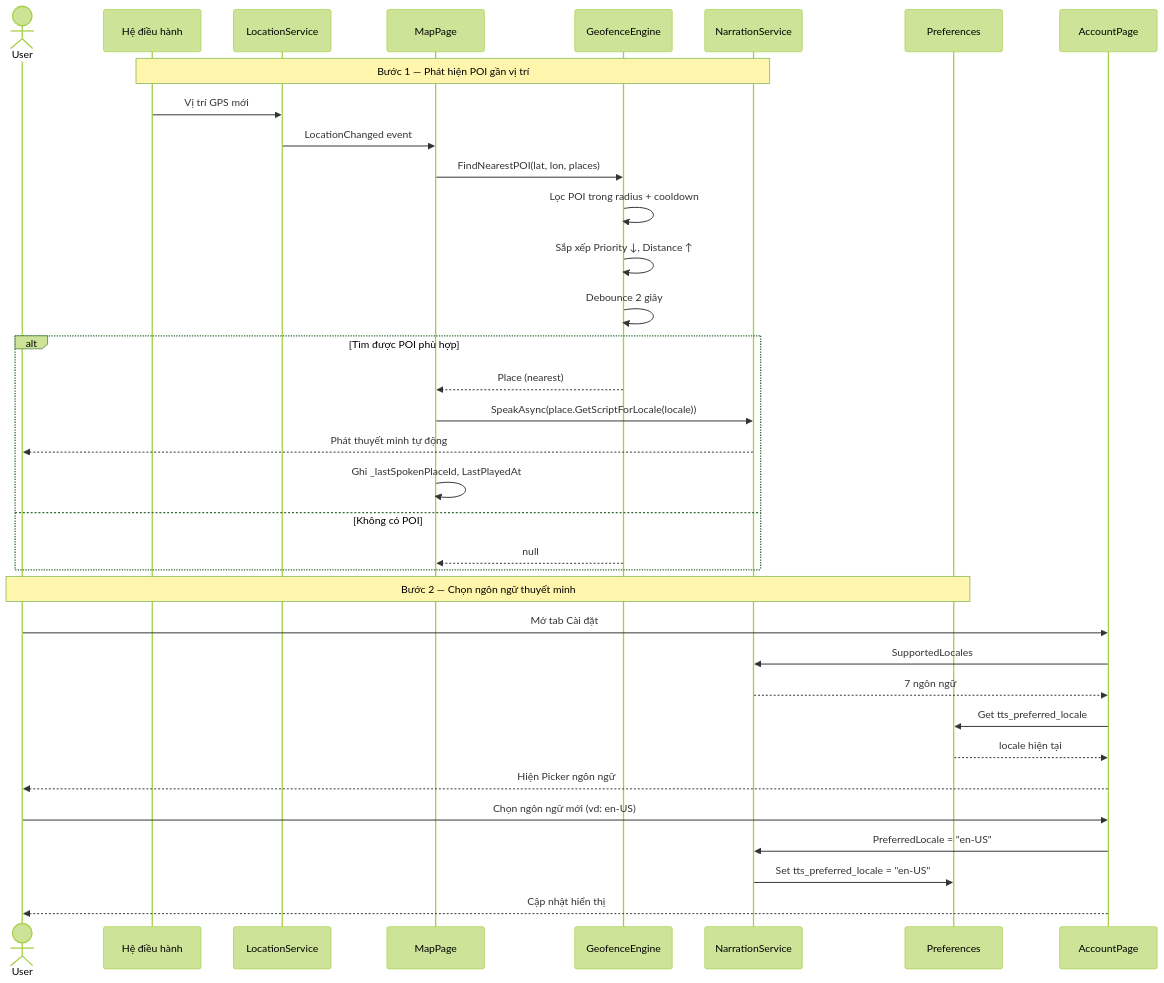
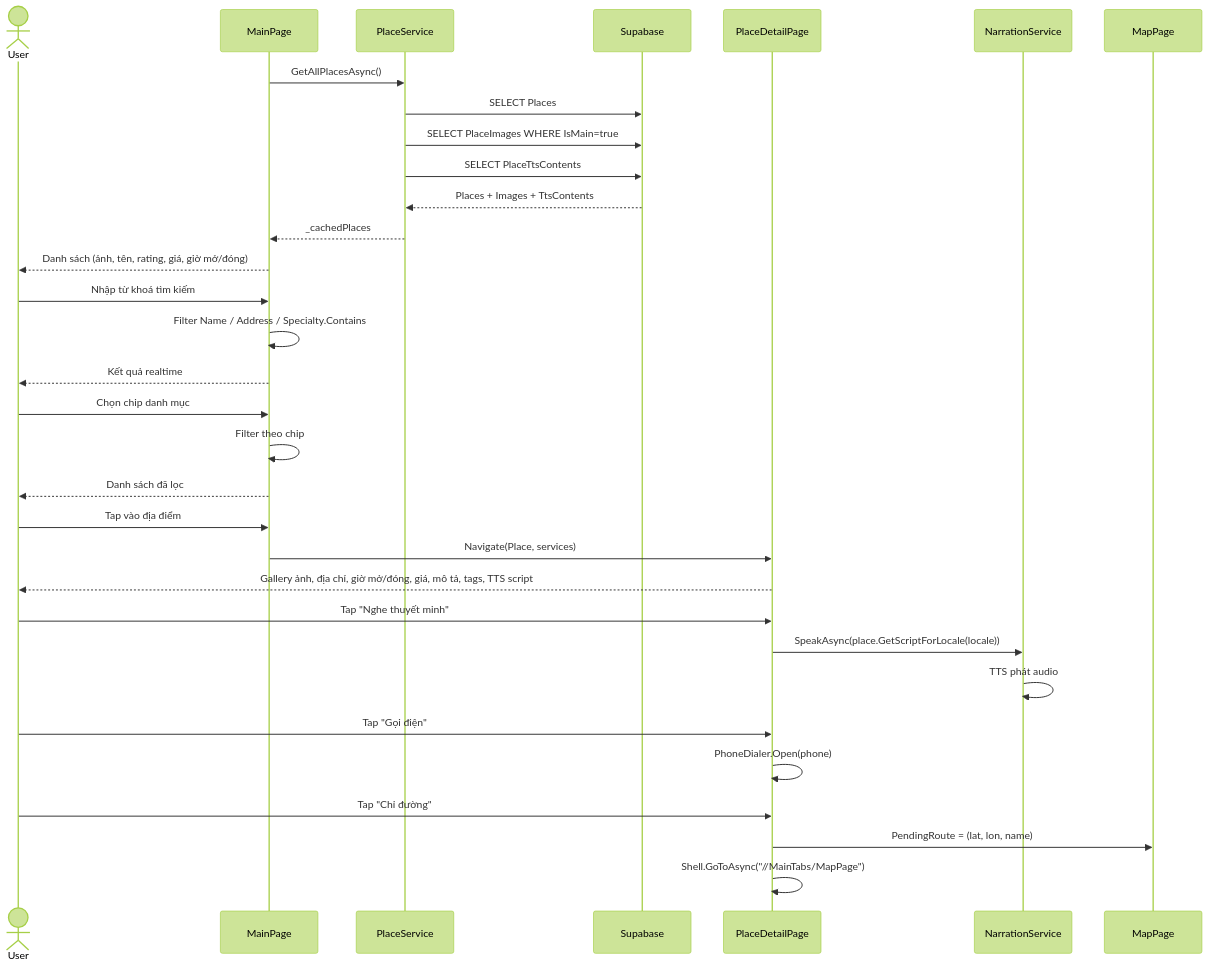
One commit to MTai55/TourguideProjectApp changed the eighth of 22 diagrams in PRD.md. Above: the diagram before and after it, drawn with Mermaid (forest theme). The commit also changed other lines of this file and 2 other files, not shown here.

````diff
--- a/PRD.md
+++ b/PRD.md
@@ -1184,40 +1424,41 @@
 ```mermaid
 sequenceDiagram
     actor User
-    participant OS as Hệ điều hành
-    participant LocationService
+    participant MainPage
+    participant PlaceService
+    participant Supabase
+    participant PDP as PlaceDetailPage
+    participant NS as NarrationService
     participant MapPage
-    participant GeofenceEngine
-    participant NarrationService
-    participant Preferences
-    participant AccountPage
 
-    Note over OS,NarrationService: Bước 1 — Phát hiện POI gần vị trí
-    OS->>LocationService: Vị trí GPS mới
-    LocationService->>MapPage: LocationChanged event
-    MapPage->>GeofenceEngine: FindNearestPOI(lat, lon, places)
-    GeofenceEngine->>GeofenceEngine: Lọc POI trong radius + cooldown
-    GeofenceEngine->>GeofenceEngine: Sắp xếp Priority ↓, Distance ↑
-    GeofenceEngine->>GeofenceEngine: Debounce 2 giây
-    alt Tìm được POI phù hợp
-        GeofenceEngine-->>MapPage: Place (nearest)
-        MapPage->>NarrationService: SpeakAsync(place.GetScriptForLocale(locale))
-        NarrationService-->>User: Phát thuyết minh tự động
-        MapPage->>MapPage: Ghi _lastSpokenPlaceId, LastPlayedAt
-    else Không có POI
-        GeofenceEngine-->>MapPage: null
-    end
+    MainPage->>PlaceService: GetAllPlacesAsync()
+    PlaceService->>Supabase: SELECT Places
+    PlaceService->>Supabase: SELECT PlaceImages WHERE IsMain=true
+    PlaceService->>Supabase: SELECT PlaceTtsContents
+    Supabase-->>PlaceService: Places + Images + TtsContents
+    PlaceService-->>MainPage: _cachedPlaces
+    MainPage-->>User: Danh sách (ảnh, tên, rating, giá, giờ mở/đóng)
 
-    Note over User,Preferences: Bước 2 — Chọn ngôn ngữ thuyết minh
-    User->>AccountPage: Mở tab Cài đặt
-    AccountPage->>NarrationService: SupportedLocales
-    NarrationService-->>AccountPage: 7 ngôn ngữ
-    AccountPage->>Preferences: Get tts_preferred_locale
-    Preferences-->>AccountPage: locale hiện tại
-    AccountPage-->>User: Hiện Picker ngôn ngữ
+    User->>MainPage: Nhập từ khoá tìm kiếm
+    MainPage->>MainPage: Filter Name / Address / Specialty.Contains
+    MainPage-->>User: Kết quả realtime
 
-    User->>AccountPage: Chọn ngôn ngữ mới (vd: en-US)
-    AccountPage->>NarrationService: PreferredLocale = "en-US"
-    NarrationService->>Preferences: Set tts_preferred_locale = "en-US"
-    AccountPage-->>User: Cập nhật hiển thị
+    User->>MainPage: Chọn chip danh mục
+    MainPage->>MainPage: Filter theo chip
+    MainPage-->>User: Danh sách đã lọc
+
+    User->>MainPage: Tap vào địa điểm
+    MainPage->>PDP: Navigate(Place, services)
+    PDP-->>User: Gallery ảnh, địa chỉ, giờ mở/đóng, giá, mô tả, tags, TTS script
+
+    User->>PDP: Tap "Nghe thuyết minh"
+    PDP->>NS: SpeakAsync(place.GetScriptForLocale(locale))
+    NS->>NS: TTS phát audio
+
+    User->>PDP: Tap "Gọi điện"
+    PDP->>PDP: PhoneDialer.Open(phone)
+
+    User->>PDP: Tap "Chỉ đường"
+    PDP->>MapPage: PendingRoute = (lat, lon, name)
+    PDP->>PDP: Shell.GoToAsync("//MainTabs/MapPage")
 ```
````
